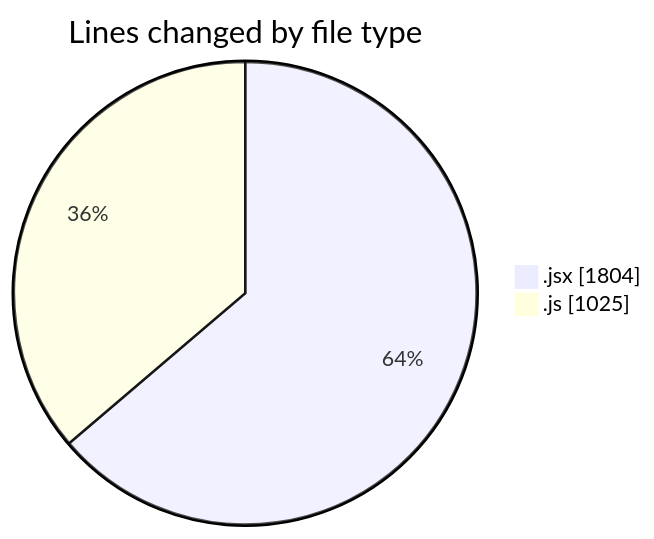
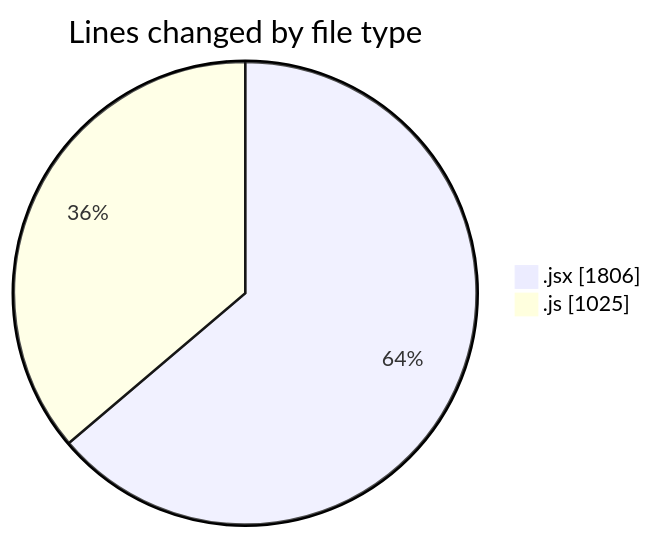
One commit to nxtqubesakshisongat/code-tracking changed the first of 2 diagrams in 2025-08-04/nxtqube_webapp/README.md. Above: the diagram before and after it, drawn with Mermaid. The commit also changed other lines of this file and 1 other file, not shown here.

````diff
--- a/2025-08-04/nxtqube_webapp/README.md
+++ b/2025-08-04/nxtqube_webapp/README.md
@@ -25,6 +25,6 @@
 ```mermaid
 pie showData
 title Lines changed by file type
-".jsx" : 1804
+".jsx" : 1806
 ".js" : 1025
 ```
````
